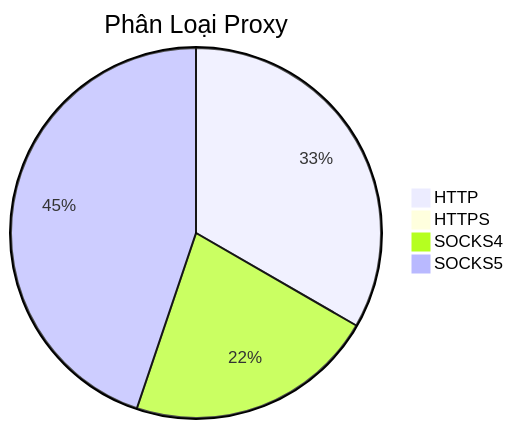
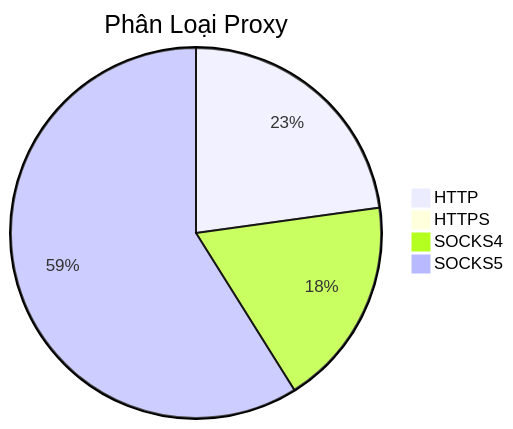
One commit to Ciara-12/PROXY-free changed the diagram in README.md. Above: the diagram before and after it, drawn with Mermaid. The commit also changed other lines of this file and 4 other files, not shown here.

````diff
--- a/README.md
+++ b/README.md
@@ -26,7 +26,7 @@
 ```mermaid
 pie title Phân Loại Proxy
-    "HTTP" : 470
-    "HTTPS" : 2
-    "SOCKS4" : 308
-    "SOCKS5" : 632
+    "HTTP" : 447
+    "HTTPS" : 1
+    "SOCKS4" : 358
+    "SOCKS5" : 1154
 ```
````
